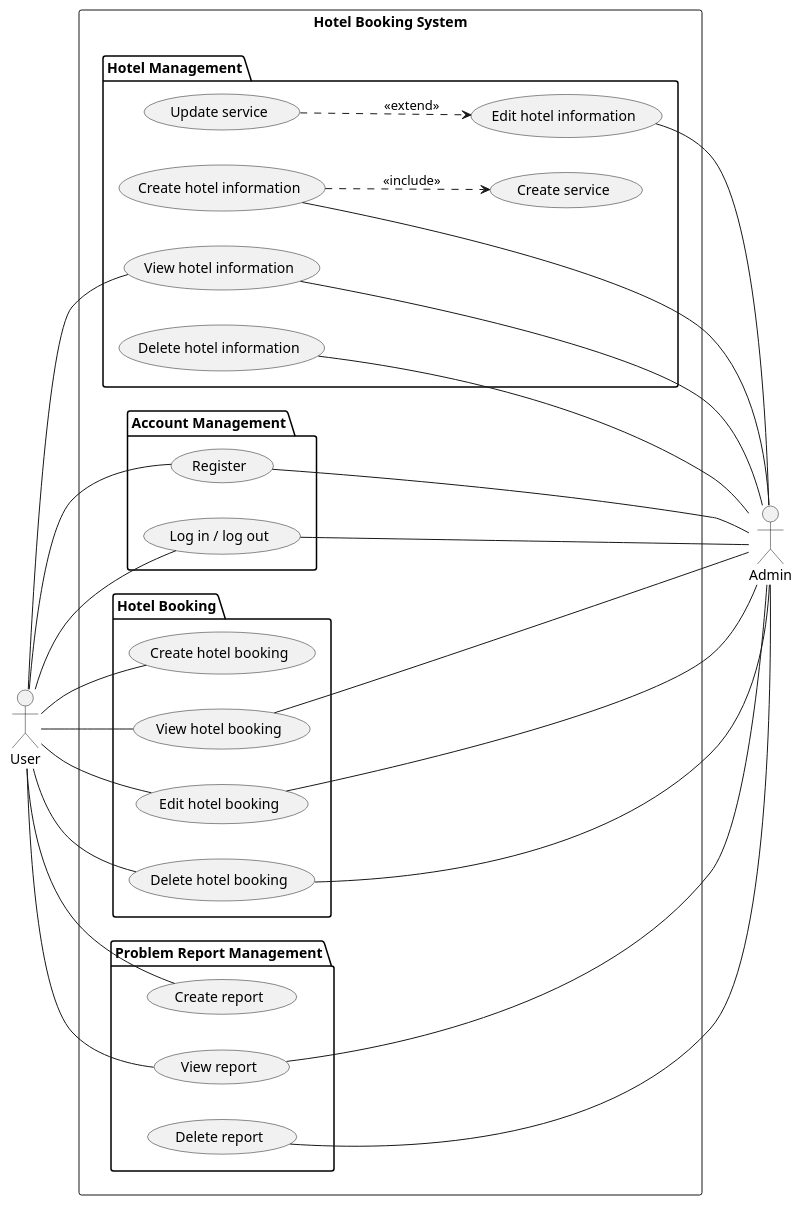
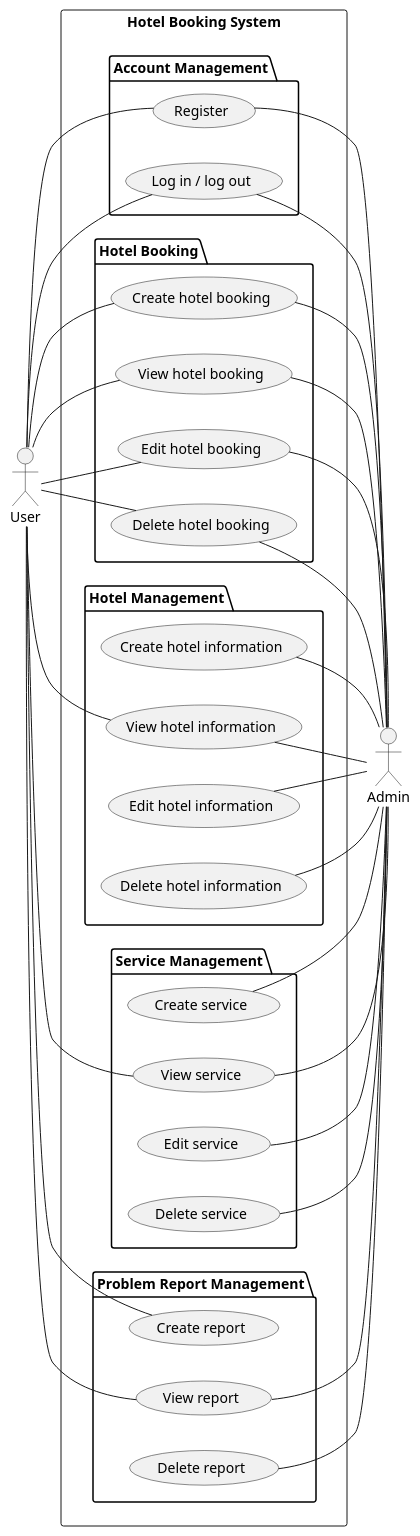
One commit to PaMEllAaaa/ProductiveDuck changed the diagram in diagram/Use_Case_Diagram.puml. Above: the diagram before and after it, drawn with PlantUML.

Commit message:
fixed: edit use case diagram

```diff
--- a/diagram/Use_Case_Diagram.puml
+++ b/diagram/Use_Case_Diagram.puml
@@ -1,57 +1,64 @@
 @startuml Hotel Booking System Use Case Diagram
 left to right direction
 actor "User" as user
 rectangle "Hotel Booking System" as HotelBookingSystem {
     package "Account Management" as AccountManagement {
         usecase "Register" as register
         usecase "Log in / log out" as loginlogout
     }
     package "Hotel Booking" as HotelBooking {
         usecase "Create hotel booking" as createHotelBooking
         usecase "View hotel booking" as viewHotelBooking
         usecase "Edit hotel booking" as editHotelBooking
         usecase "Delete hotel booking" as deleteHotelBooking
     }
     package "Hotel Management" as HotelManagement {
         usecase "Create hotel information" as createHotelInfo
-        usecase "Create service" as createService
-        usecase "Update service" as updateService
         usecase "View hotel information" as viewHotelInfo
         usecase "Edit hotel information" as editHotelInfo
         usecase "Delete hotel information" as deleteHotelInfo
+    } 
+    package "Service Management" as ServiceManagement {
+        usecase "Create service" as createService
+        usecase "View service" as viewService
+        usecase "Edit service" as editService
+        usecase "Delete service" as deleteService
     } 
     package "Problem Report Management" as ReportManagement {
         usecase "Create report" as createReport
         usecase "View report" as viewReport
         usecase "Delete report" as deleteReport
     }
 
 }
 
 user -- register
 user -- loginlogout
 user -- createHotelBooking
 user -- viewHotelBooking
 user -- editHotelBooking
 user -- deleteHotelBooking
 user -- viewHotelInfo
+user -- viewService
 user -- createReport
 user -- viewReport
-
-createHotelInfo .down.> createService : <<include>>
-updateService .down.> editHotelInfo : <<extend>>
 
 actor "Admin" as admin
 register -- admin
 loginlogout -- admin
+createHotelBooking -- admin
 viewHotelBooking -- admin
 editHotelBooking -- admin
 deleteHotelBooking -- admin
 createHotelInfo -- admin
 viewHotelInfo -- admin
 editHotelInfo -- admin
 deleteHotelInfo -- admin
+createService -- admin
+viewService -- admin
+editService -- admin
+deleteService -- admin
 viewReport -- admin
 deleteReport -- admin
 
 @enduml
```
